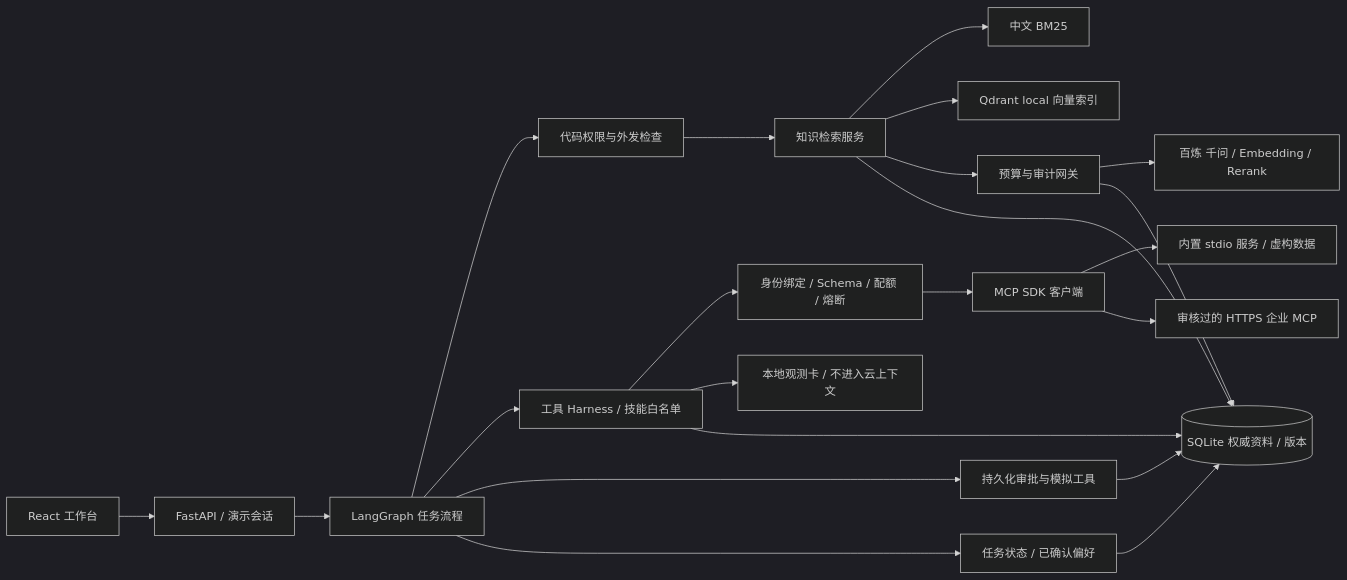
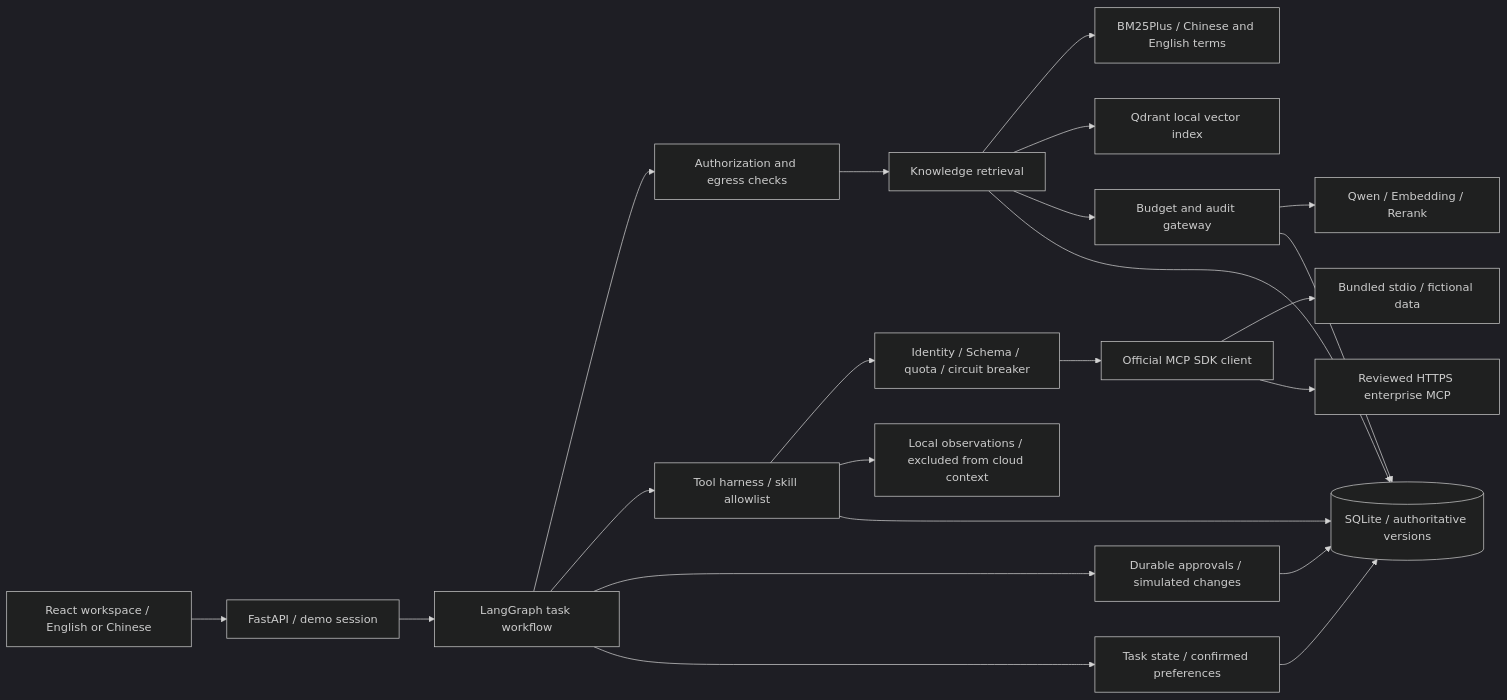
One commit to shaohsuanw803-boop/deskpilot changed the first of 3 diagrams in README.md. Above: the diagram before and after it, drawn with Mermaid (dark theme). The commit also changed other lines of this file and 43 other files, not shown here.

Commit message:
feat: default to English with explicit Chinese switching and bilingual docs

````diff
--- a/README.md
+++ b/README.md
@@ -81,24 +55,24 @@
 ```mermaid
 flowchart LR
-  UI[React 工作台] --> API[FastAPI / 演示会话]
-  API --> FLOW[LangGraph 任务流程]
-  FLOW --> AUTH[代码权限与外发检查]
-  FLOW --> HARNESS[工具 Harness / 技能白名单]
-  HARNESS --> CONTRACT[身份绑定 / Schema / 配额 / 熔断]
-  CONTRACT --> MCP[MCP SDK 客户端]
-  MCP --> LOCAL[内置 stdio 服务 / 虚构数据]
-  MCP --> REMOTE[审核过的 HTTPS 企业 MCP]
-  HARNESS --> OBS[本地观测卡 / 不进入云上下文]
-  AUTH --> RAG[知识检索服务]
-  RAG --> BM25[中文 BM25]
-  RAG --> QDRANT[Qdrant local 向量索引]
-  RAG --> GATEWAY[预算与审计网关]
-  GATEWAY --> QWEN[百炼 千问 / Embedding / Rerank]
-  FLOW --> APPROVAL[持久化审批与模拟工具]
-  RAG --> DB[(SQLite 权威资料 / 版本)]
+  UI[React workspace / English or Chinese] --> API[FastAPI / demo session]
+  API --> FLOW[LangGraph task workflow]
+  FLOW --> AUTH[Authorization and egress checks]
+  FLOW --> HARNESS[Tool harness / skill allowlist]
+  HARNESS --> CONTRACT[Identity / Schema / quota / circuit breaker]
+  CONTRACT --> MCP[Official MCP SDK client]
+  MCP --> LOCAL[Bundled stdio / fictional data]
+  MCP --> REMOTE[Reviewed HTTPS enterprise MCP]
+  HARNESS --> OBS[Local observations / excluded from cloud context]
+  AUTH --> RAG[Knowledge retrieval]
+  RAG --> BM25[BM25Plus / Chinese and English terms]
+  RAG --> QDRANT[Qdrant local vector index]
+  RAG --> GATEWAY[Budget and audit gateway]
+  GATEWAY --> QWEN[Qwen / Embedding / Rerank]
+  FLOW --> APPROVAL[Durable approvals / simulated changes]
+  RAG --> DB[(SQLite / authoritative versions)]
   APPROVAL --> DB
-  FLOW --> MEMORY[任务状态 / 已确认偏好]
+  FLOW --> MEMORY[Task state / confirmed preferences]
   MEMORY --> DB
   GATEWAY --> DB
   HARNESS --> DB
 ```
````
